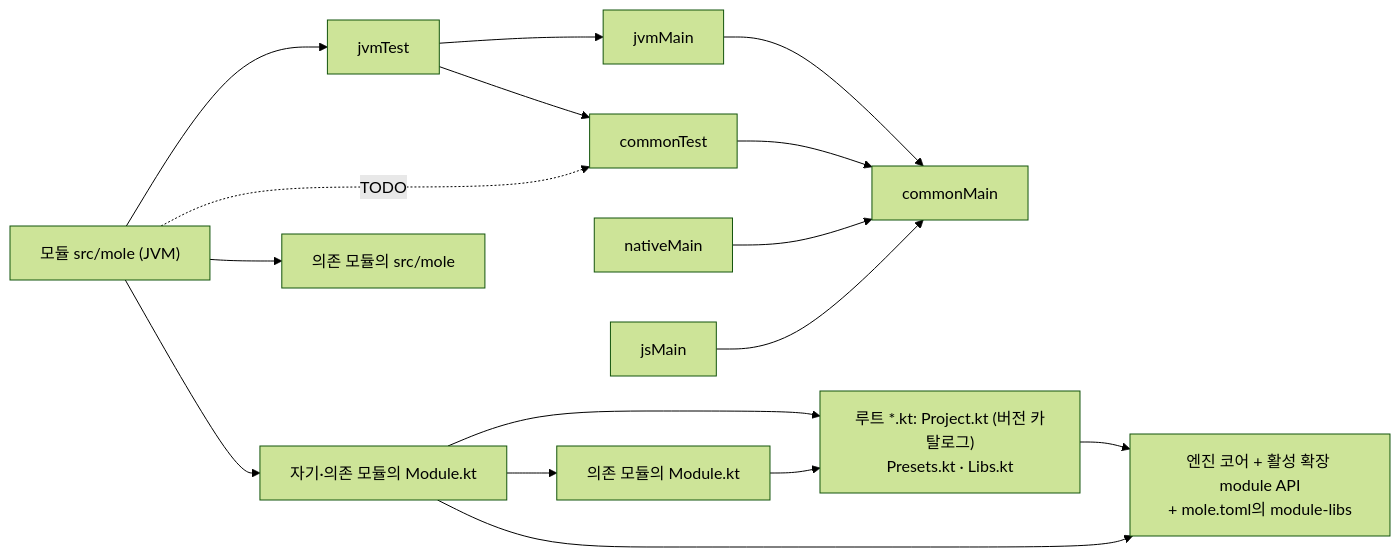
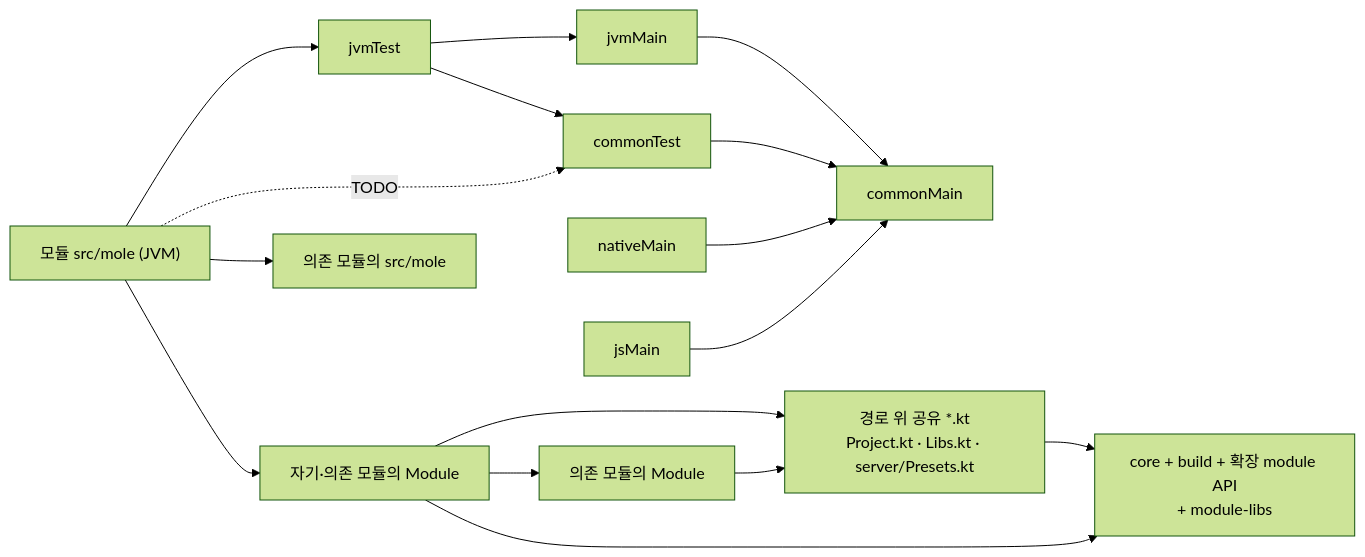
One commit to JustBurrow/JustBurrow.github.io changed the third of 3 diagrams in _posts/2026-09-21-mole-quick-start.md. Above: the diagram before and after it, drawn with Mermaid (forest theme). The commit also changed other lines of this file, not shown here.

First line of the commit message:
🖊️ mole 설계 메모를 세 아티팩트·세 단계 모델로 전면 재작성.

````diff
--- a/_posts/2026-09-21-mole-quick-start.md
+++ b/_posts/2026-09-21-mole-quick-start.md
@@ -208,15 +221,15 @@
 ```mermaid
 flowchart LR
     mole["모듈 src/mole (JVM)"] --> jvmTest --> jvmMain --> commonMain
     jvmTest --> commonTest --> commonMain
     mole -.->|TODO| commonTest
-    mole --> Module["자기·의존 모듈의 Module.kt"]
+    mole --> Module["자기·의존 모듈의 Module"]
     mole --> otherTasks["의존 모듈의 src/mole"]
-    Module --> otherModule["의존 모듈의 Module.kt"]
-    Module --> root["루트 *.kt: Project.kt (버전 카탈로그)<br/>Presets.kt · Libs.kt"]
-    otherModule --> root
-    root --> engine["엔진 코어 + 활성 확장 module API<br/>+ mole.toml의 module-libs"]
+    Module --> otherModule["의존 모듈의 Module"]
+    Module --> shared["경로 위 공유 *.kt<br/>Project.kt · Libs.kt · server/Presets.kt"]
+    otherModule --> shared
+    shared --> engine["core + build + 확장 module API<br/>+ module-libs"]
     Module --> engine
     nativeMain --> commonMain
     jsMain --> commonMain
 ```
````
